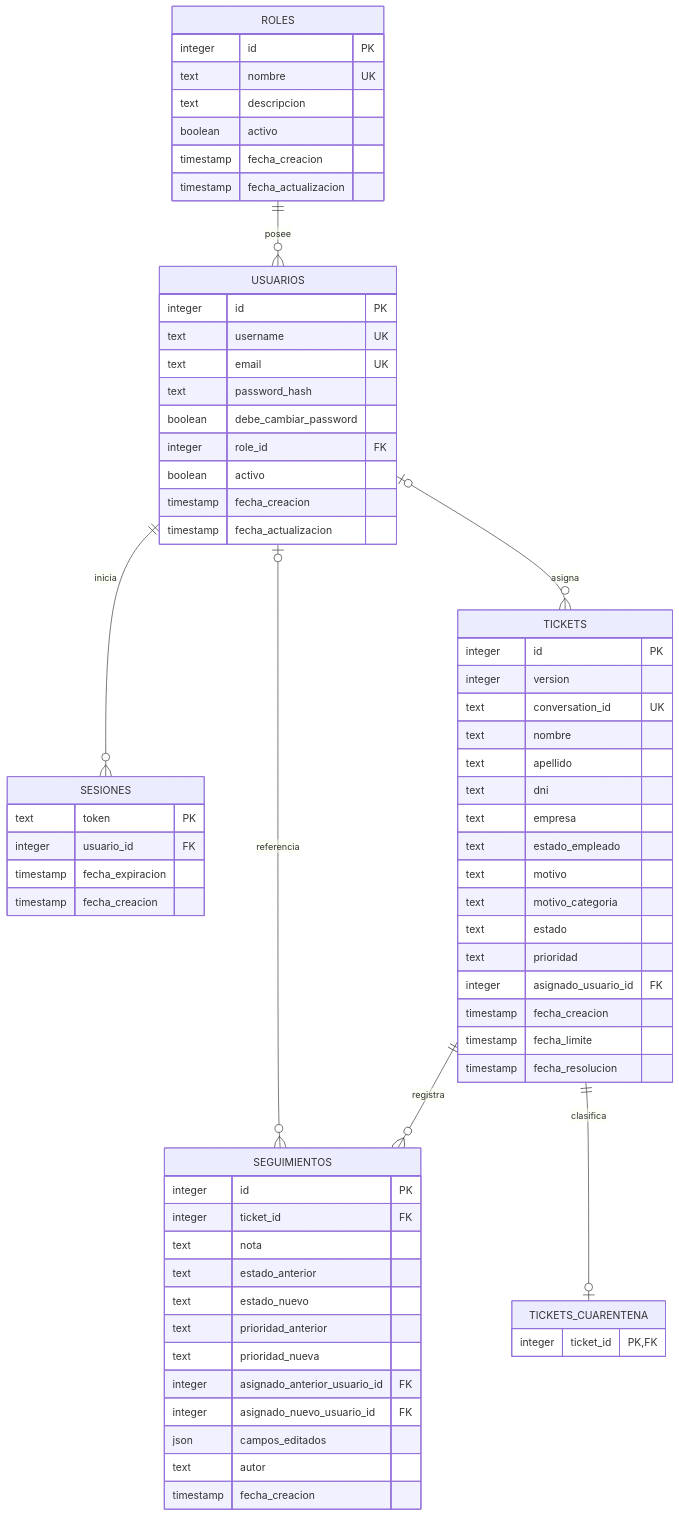
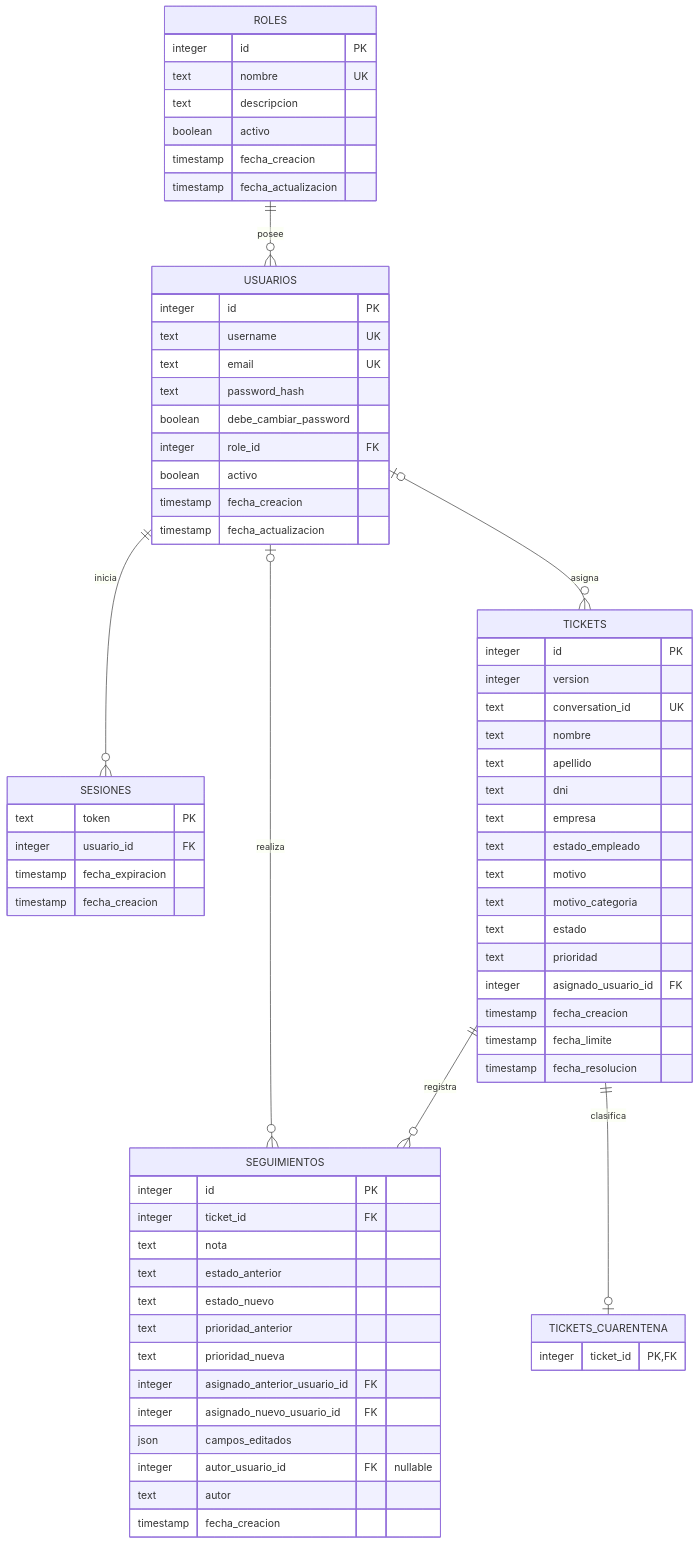
Before and after one commit to marianoLaclau/ticketsAdmin: the eighth of 12 diagrams in docs/ARQUITECTURA.MD, drawn with Mermaid. The commit also changed other lines of this file and 5 other files, not shown here.

````diff
--- a/docs/ARQUITECTURA.MD
+++ b/docs/ARQUITECTURA.MD
@@ -255,70 +286,71 @@
 ```mermaid
 erDiagram
     ROLES ||--o{ USUARIOS : posee
     USUARIOS ||--o{ SESIONES : inicia
     USUARIOS o|--o{ TICKETS : asigna
-    USUARIOS o|--o{ SEGUIMIENTOS : referencia
+    USUARIOS o|--o{ SEGUIMIENTOS : realiza
     TICKETS ||--o{ SEGUIMIENTOS : registra
     TICKETS ||--o| TICKETS_CUARENTENA : clasifica
 
     ROLES {
         integer id PK
         text nombre UK
         text descripcion
         boolean activo
         timestamp fecha_creacion
         timestamp fecha_actualizacion
     }
     USUARIOS {
         integer id PK
         text username UK
         text email UK
         text password_hash
         boolean debe_cambiar_password
         integer role_id FK
         boolean activo
         timestamp fecha_creacion
         timestamp fecha_actualizacion
     }
     SESIONES {
         text token PK
         integer usuario_id FK
         timestamp fecha_expiracion
         timestamp fecha_creacion
     }
     TICKETS {
         integer id PK
         integer version
         text conversation_id UK
         text nombre
         text apellido
         text dni
         text empresa
         text estado_empleado
         text motivo
         text motivo_categoria
         text estado
         text prioridad
         integer asignado_usuario_id FK
         timestamp fecha_creacion
         timestamp fecha_limite
         timestamp fecha_resolucion
     }
     SEGUIMIENTOS {
         integer id PK
         integer ticket_id FK
         text nota
         text estado_anterior
         text estado_nuevo
         text prioridad_anterior
         text prioridad_nueva
         integer asignado_anterior_usuario_id FK
         integer asignado_nuevo_usuario_id FK
         json campos_editados
+        integer autor_usuario_id FK "nullable"
         text autor
         timestamp fecha_creacion
     }
     TICKETS_CUARENTENA {
         integer ticket_id PK, FK
     }
 ```
````
